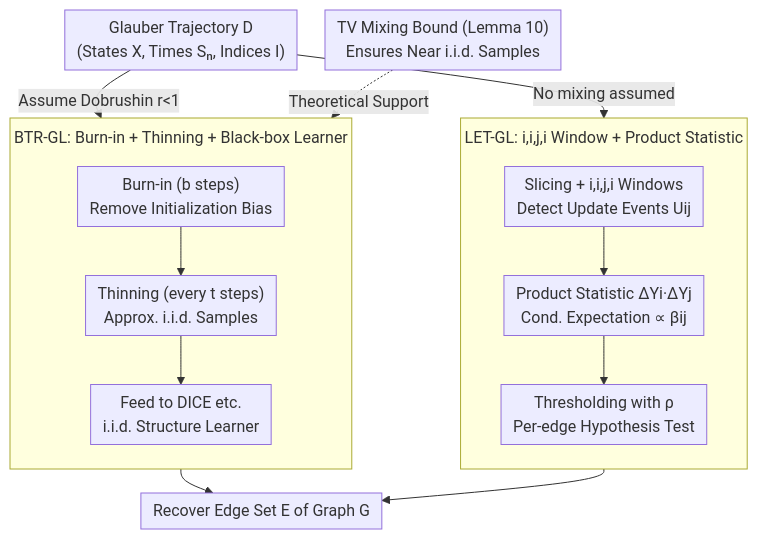
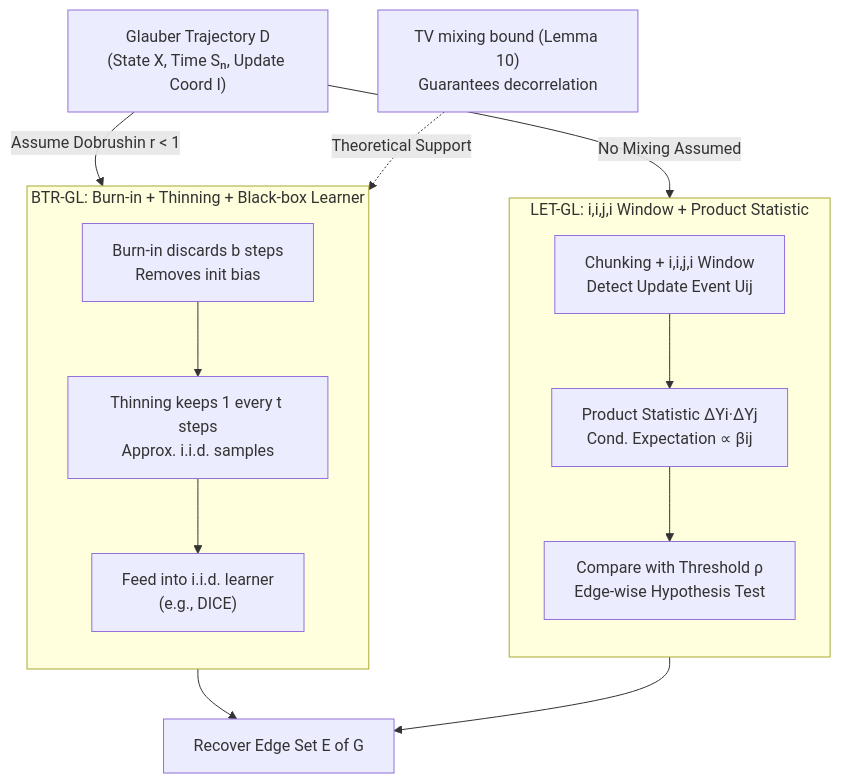
One commit to zhaoyang97/Paper-Notes-en changed the diagram in docs/ICML2026/others/local_and_mixing-based_algorithms_for_gaussian_graphical_model_selection_from_gl.md. Above: the diagram before and after it, drawn with Mermaid. The commit also changed other lines of this file and 5084 other files, not shown here.

````diff
--- a/docs/ICML2026/others/local_and_mixing-based_algorithms_for_gaussian_graphical_model_selection_from_gl.md
+++ b/docs/ICML2026/others/local_and_mixing-based_algorithms_for_gaussian_graphical_model_selection_from_gl.md
@@ -47,24 +47,23 @@
 ```mermaid
-%%{init: {'flowchart': {'rankSpacing': 24, 'nodeSpacing': 28, 'padding': 6, 'wrappingWidth': 400, 'subGraphTitleMargin': {'top': 8, 'bottom': 16}}}}%%
-flowchart TD
-    A["Glauber Trajectory D<br/>(States X, Times Sₙ, Indices I)"]
-    A -->|"No mixing assumed"| C
-    A -->|"Assume Dobrushin r<1"| F
+graph TD
+    A["Glauber Trajectory D<br/>(State X, Time Sₙ, Update Coord I)"]
+    A -->|"No Mixing Assumed"| C
+    A -->|"Assume Dobrushin r < 1"| F
 
     subgraph LET["LET-GL: i,i,j,i Window + Product Statistic"]
         direction TB
-        C["Slicing + i,i,j,i Windows<br/>Detect Update Events Uij"] --> D["Product Statistic ΔYi·ΔYj<br/>Cond. Expectation ∝ βij"]
-        D --> E["Thresholding with ρ<br/>Per-edge Hypothesis Test"]
+        C["Chunking + i,i,j,i Window<br/>Detect Update Event Uij"] --> D["Product Statistic ΔYi·ΔYj<br/>Cond. Expectation ∝ βij"]
+        D --> E["Compare with Threshold ρ<br/>Edge-wise Hypothesis Test"]
     end
 
     subgraph BTR["BTR-GL: Burn-in + Thinning + Black-box Learner"]
         direction TB
-        F["Burn-in (b steps)<br/>Remove Initialization Bias"] --> G["Thinning (every t steps)<br/>Approx. i.i.d. Samples"]
-        G --> H["Feed to DICE etc.<br/>i.i.d. Structure Learner"]
+        F["Burn-in discards b steps<br/>Removes init bias"] --> G["Thinning keeps 1 every t steps<br/>Approx. i.i.d. samples"]
+        G --> H["Feed into i.i.d. learner<br/>(e.g., DICE)"]
     end
 
-    M["TV Mixing Bound (Lemma 10)<br/>Ensures Near i.i.d. Samples"] -.->|Theoretical Support| BTR
+    M["TV mixing bound (Lemma 10)<br/>Guarantees decorrelation"] -.->|Theoretical Support| BTR
 
-    E --> Z["Recover Edge Set E of Graph G"]
+    E --> Z["Recover Edge Set E of G"]
     H --> Z
 ```
````
